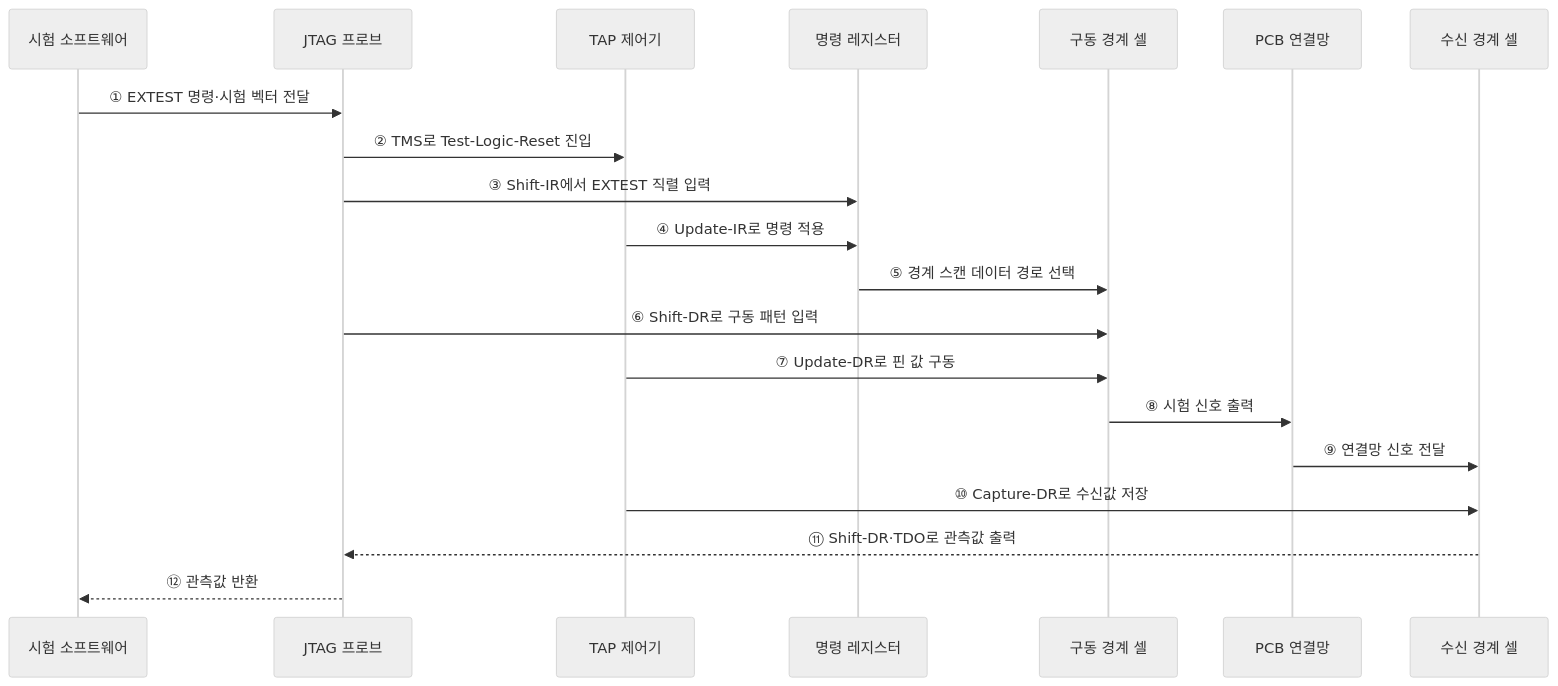
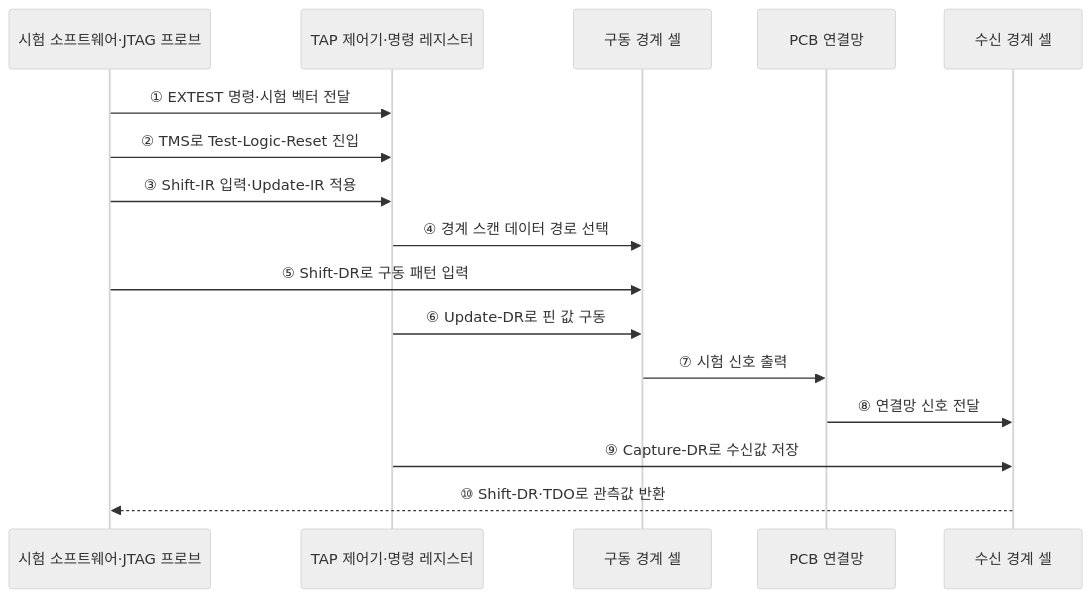
Before and after one commit to agnusdei1207/knowledge-base: the second of 2 diagrams in src/content/docs/notes/02-hardware/065_jtag.md, drawn with Mermaid (neutral theme). The commit also changed other lines of this file and 20 other files, not shown here.

````diff
--- a/src/content/docs/notes/02-hardware/065_jtag.md
+++ b/src/content/docs/notes/02-hardware/065_jtag.md
@@ -91,23 +79,19 @@
 ```mermaid
 sequenceDiagram
-    participant H as 시험 소프트웨어
-    participant P as JTAG 프로브
-    participant T as TAP 제어기
-    participant I as 명령 레지스터
+    participant H as 시험 소프트웨어·JTAG 프로브
+    participant T as TAP 제어기·명령 레지스터
     participant B1 as 구동 경계 셀
     participant N as PCB 연결망
     participant B2 as 수신 경계 셀
 
-    H->>P: ① EXTEST 명령·시험 벡터 전달
-    P->>T: ② TMS로 Test-Logic-Reset 진입
-    P->>I: ③ Shift-IR에서 EXTEST 직렬 입력
-    T->>I: ④ Update-IR로 명령 적용
-    I->>B1: ⑤ 경계 스캔 데이터 경로 선택
-    P->>B1: ⑥ Shift-DR로 구동 패턴 입력
-    T->>B1: ⑦ Update-DR로 핀 값 구동
-    B1->>N: ⑧ 시험 신호 출력
-    N->>B2: ⑨ 연결망 신호 전달
-    T->>B2: ⑩ Capture-DR로 수신값 저장
-    B2-->>P: ⑪ Shift-DR·TDO로 관측값 출력
-    P-->>H: ⑫ 관측값 반환
+    H->>T: ① EXTEST 명령·시험 벡터 전달
+    H->>T: ② TMS로 Test-Logic-Reset 진입
+    H->>T: ③ Shift-IR 입력·Update-IR 적용
+    T->>B1: ④ 경계 스캔 데이터 경로 선택
+    H->>B1: ⑤ Shift-DR로 구동 패턴 입력
+    T->>B1: ⑥ Update-DR로 핀 값 구동
+    B1->>N: ⑦ 시험 신호 출력
+    N->>B2: ⑧ 연결망 신호 전달
+    T->>B2: ⑨ Capture-DR로 수신값 저장
+    B2-->>H: ⑩ Shift-DR·TDO로 관측값 반환
 ```
````
